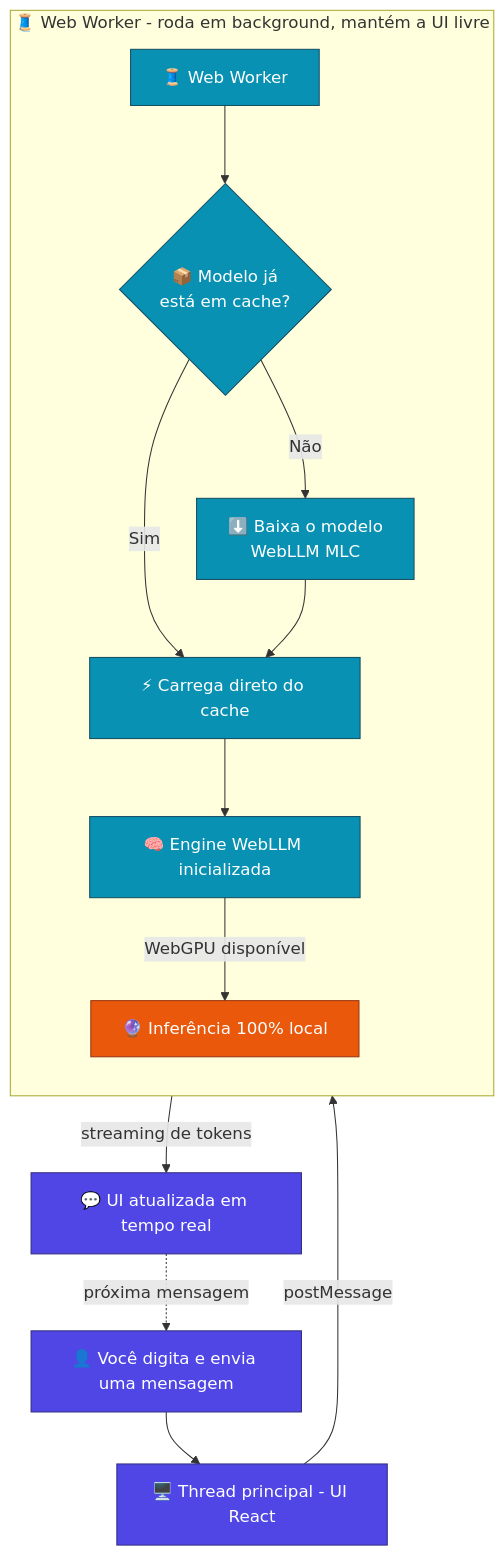
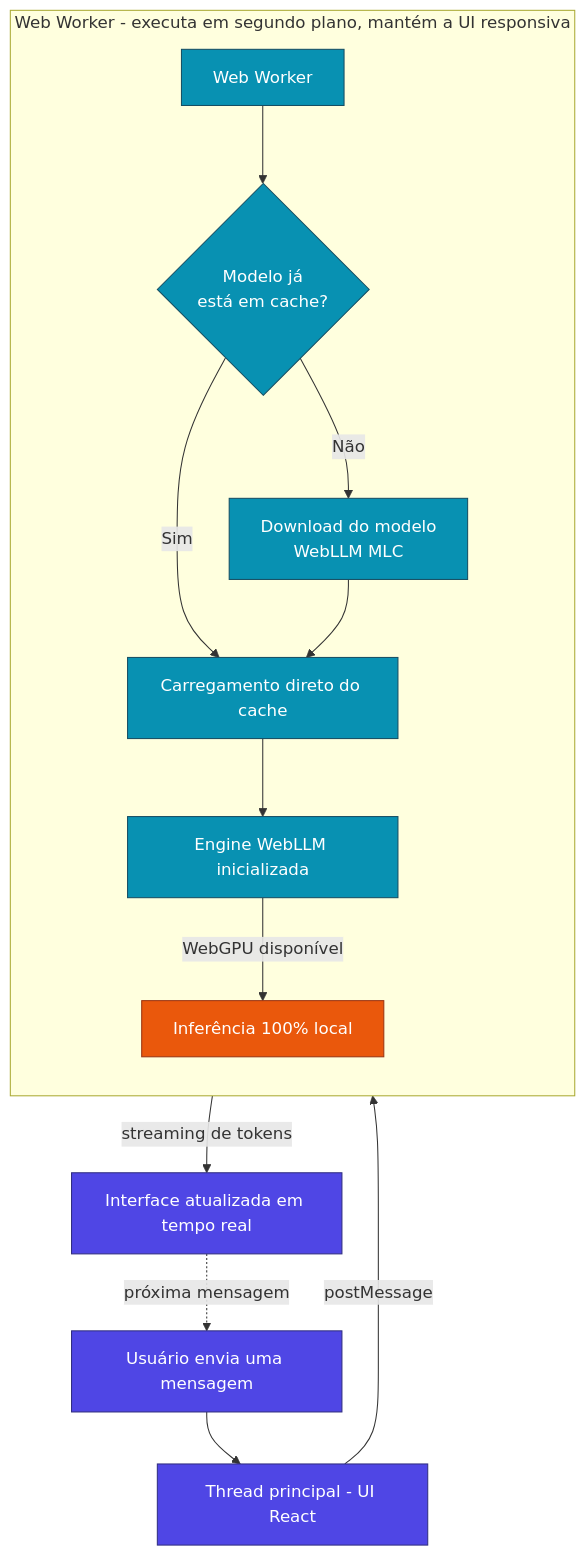
Before and after one commit to Victor-Gabriel-Barbosa/chatgpu: the diagram in README.md, drawn with Mermaid. The commit also changed other lines of this file, not shown here.

````diff
--- a/README.md
+++ b/README.md
@@ -135,26 +144,26 @@
 ```mermaid
 flowchart TB
-    A[👤 Você digita e envia uma mensagem] --> B[🖥️ Thread principal - UI React]
-    B -->|postMessage| C[🧵 Web Worker]
+    A[Usuário envia uma mensagem] --> B[Thread principal - UI React]
+    B -->|postMessage| C[Web Worker]
 
-    subgraph WK[🧵 Web Worker - roda em background, mantém a UI livre]
+    subgraph WK[Web Worker - executa em segundo plano, mantém a UI responsiva]
         direction TB
-        C --> D{📦 Modelo já<br/>está em cache?}
-        D -->|Não| E[⬇️ Baixa o modelo<br/>WebLLM MLC]
-        D -->|Sim| F[⚡ Carrega direto do cache]
+        C --> D{Modelo já<br/>está em cache?}
+        D -->|Não| E[Download do modelo<br/>WebLLM MLC]
+        D -->|Sim| F[Carregamento direto do cache]
         E --> F
-        F --> G[🧠 Engine WebLLM inicializada]
-        G -->|WebGPU disponível| H[🔮 Inferência 100% local]
+        F --> G[Engine WebLLM inicializada]
+        G -->|WebGPU disponível| H[Inferência 100% local]
     end
 
-    H -->|streaming de tokens| I[💬 UI atualizada em tempo real]
+    H -->|streaming de tokens| I[Interface atualizada em tempo real]
     I -.->|próxima mensagem| A
 
     classDef userStep fill:#4f46e5,stroke:#312e81,color:#fff,stroke-width:1px
     classDef workerStep fill:#0891b2,stroke:#164e63,color:#fff,stroke-width:1px
     classDef gpuStep fill:#ea580c,stroke:#9a3412,color:#fff,stroke-width:1px
 
     class A,B,I userStep
     class C,D,E,F,G workerStep
     class H gpuStep
 ```
````
